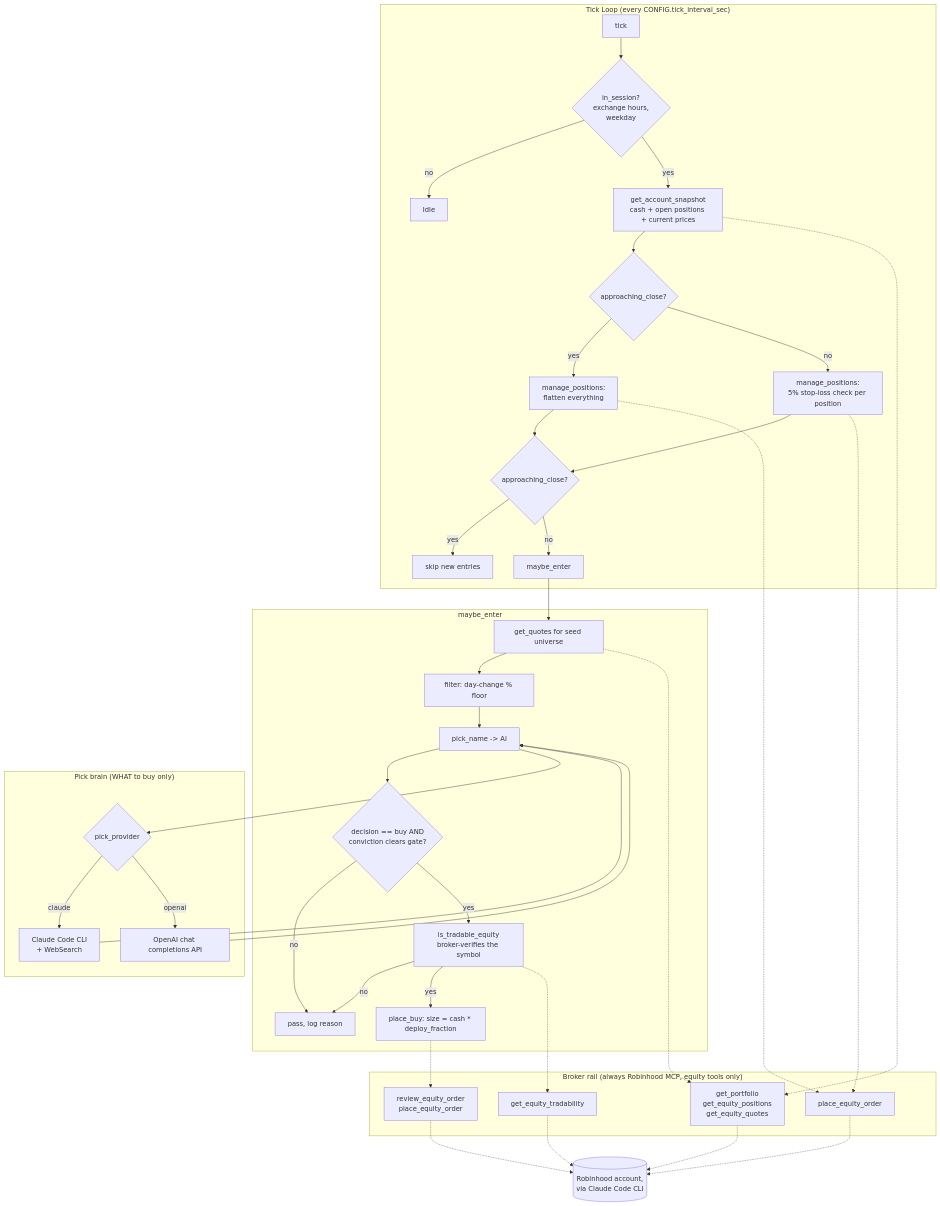
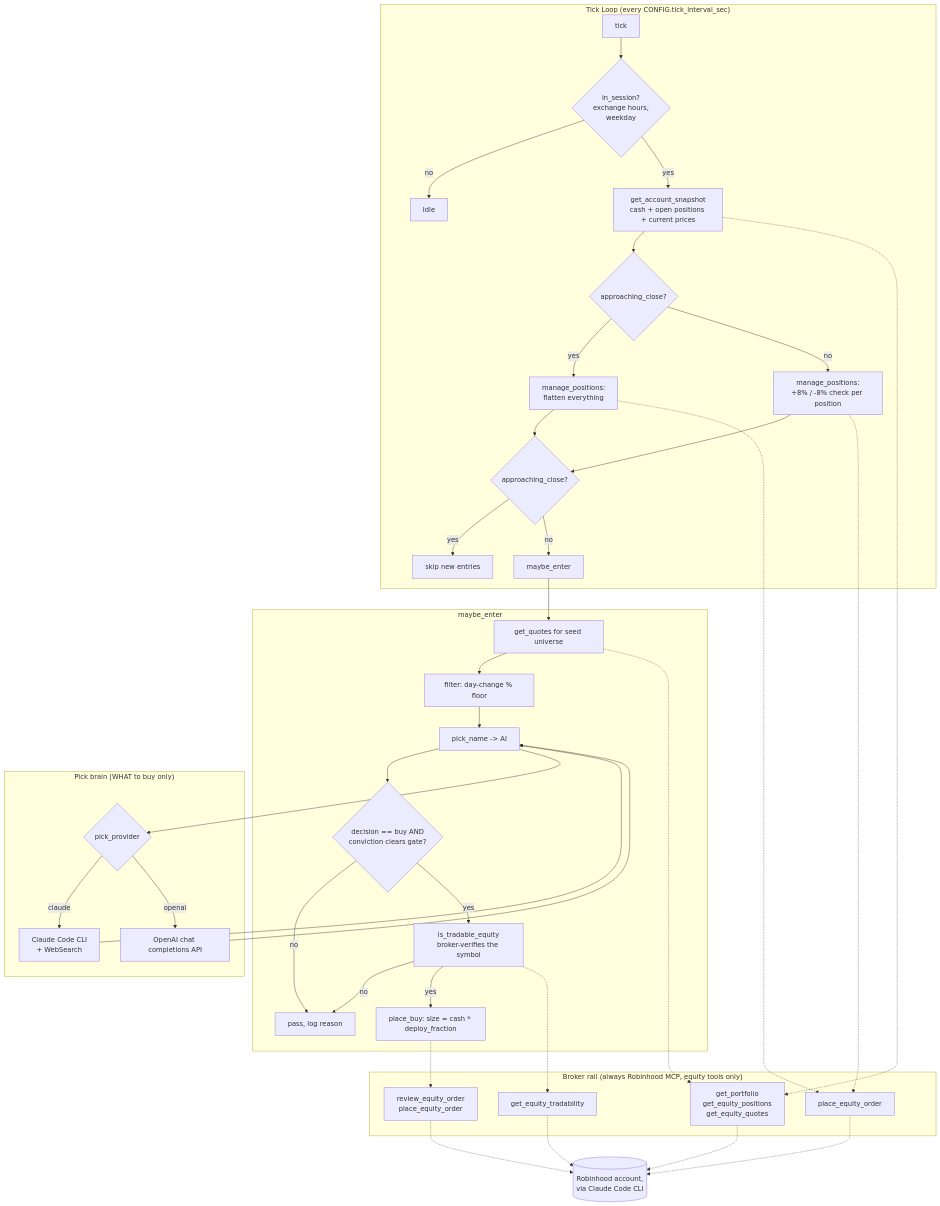
The diagram in docs/design.md (vgupta23/high-speed-trader), drawn with Mermaid before and after one commit. The commit also changed other lines of this file and 6 other files, not shown here.

````diff
--- a/docs/design.md
+++ b/docs/design.md
@@ -26,48 +26,48 @@
 ```mermaid
 flowchart TD
     subgraph Loop["Tick Loop (every CONFIG.tick_interval_sec)"]
         A[tick] --> B{in_session?<br/>exchange hours,<br/>weekday}
         B -- no --> Z[Idle]
         B -- yes --> C[get_account_snapshot<br/>cash + open positions + current prices]
         C --> D{approaching_close?}
         D -- yes --> E[manage_positions:<br/>flatten everything]
-        D -- no --> F[manage_positions:<br/>5% stop-loss check per position]
+        D -- no --> F[manage_positions:<br/>+8% / -8% check per position]
         E --> G
         F --> G{approaching_close?}
         G -- yes --> Z2[skip new entries]
         G -- no --> H[maybe_enter]
     end
 
     subgraph Entry["maybe_enter"]
         H --> I[get_quotes for seed universe]
         I --> J[filter: day-change % floor]
         J --> K[pick_name -> AI]
         K --> L{decision == buy AND<br/>conviction clears gate?}
         L -- no --> Z3[pass, log reason]
         L -- yes --> M[is_tradable_equity<br/>broker-verifies the symbol]
         M -- no --> Z3
         M -- yes --> N[place_buy: size = cash * deploy_fraction]
     end
 
     subgraph AI["Pick brain (WHAT to buy only)"]
         K --> P{pick_provider}
         P -- claude --> Q[Claude Code CLI<br/>+ WebSearch]
         P -- openai --> R[OpenAI chat completions API]
         Q --> K
         R --> K
     end
 
     subgraph Broker["Broker rail (always Robinhood MCP, equity tools only)"]
         C -.-> S[get_portfolio<br/>get_equity_positions<br/>get_equity_quotes]
         I -.-> S
         M -.-> T[get_equity_tradability]
         N -.-> U[review_equity_order<br/>place_equity_order]
         E -.-> V[place_equity_order]
         F -.-> V
     end
 
     S -.-> W[(Robinhood account,<br/>via Claude Code CLI)]
     T -.-> W
     U -.-> W
     V -.-> W
 ```
````
